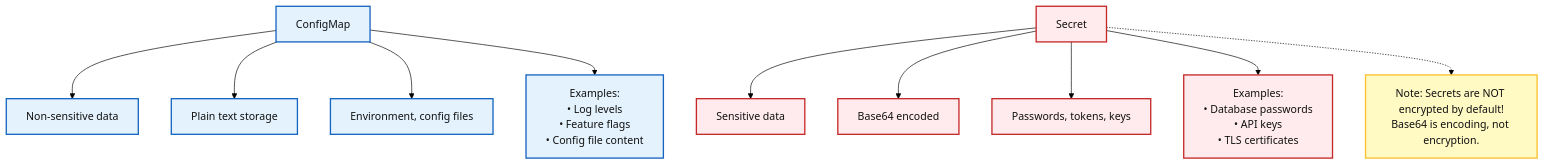
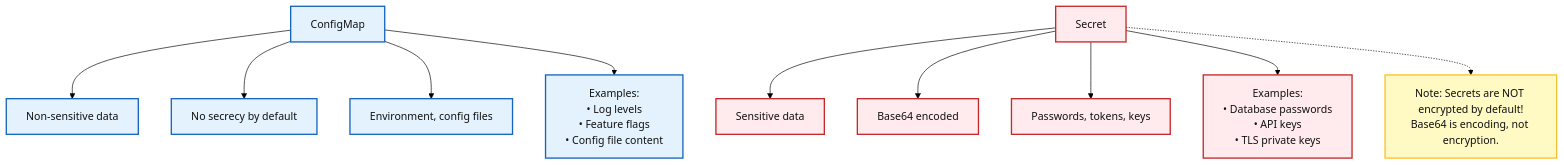
Before and after one commit to kube-dojo/kube-dojo.github.io: the first of 2 diagrams in src/content/docs/prerequisites/kubernetes-basics/module-1.6-configmaps-secrets.md, drawn with Mermaid (forest theme). The commit also changed other lines of this file, not shown here.

First line of the commit message:
quality: clarify ConfigMap practice and source evidence (#3662) (#3686)

````diff
--- a/src/content/docs/prerequisites/kubernetes-basics/module-1.6-configmaps-secrets.md
+++ b/src/content/docs/prerequisites/kubernetes-basics/module-1.6-configmaps-secrets.md
@@ -59,22 +59,22 @@
 ```mermaid
 graph TD
     classDef configMap fill:#e3f2fd,color:#111,stroke:#1565c0,stroke-width:2px
     classDef secret fill:#ffebee,color:#111,stroke:#c62828,stroke-width:2px
     classDef note fill:#fff9c4,color:#111,stroke:#fbc02d,stroke-width:2px
 
     CM[ConfigMap]:::configMap
     SEC[Secret]:::secret
 
     CM --> CM1[Non-sensitive data]:::configMap
-    CM --> CM2[Plain text storage]:::configMap
+    CM --> CM2[No secrecy by default]:::configMap
     CM --> CM3[Environment, config files]:::configMap
     CM --> CM4["Examples:<br>• Log levels<br>• Feature flags<br>• Config file content"]:::configMap
 
     SEC --> SEC1[Sensitive data]:::secret
     SEC --> SEC2[Base64 encoded]:::secret
     SEC --> SEC3[Passwords, tokens, keys]:::secret
-    SEC --> SEC4["Examples:<br>• Database passwords<br>• API keys<br>• TLS certificates"]:::secret
+    SEC --> SEC4["Examples:<br>• Database passwords<br>• API keys<br>• TLS private keys"]:::secret
 
     N["Note: Secrets are NOT encrypted by default!<br>Base64 is encoding, not encryption."]:::note
     SEC -.-> N
 ```
````
